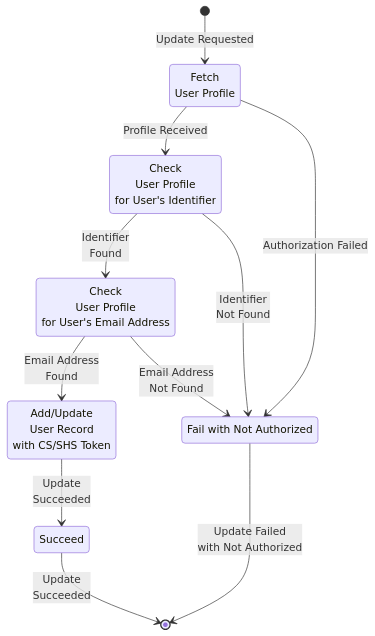
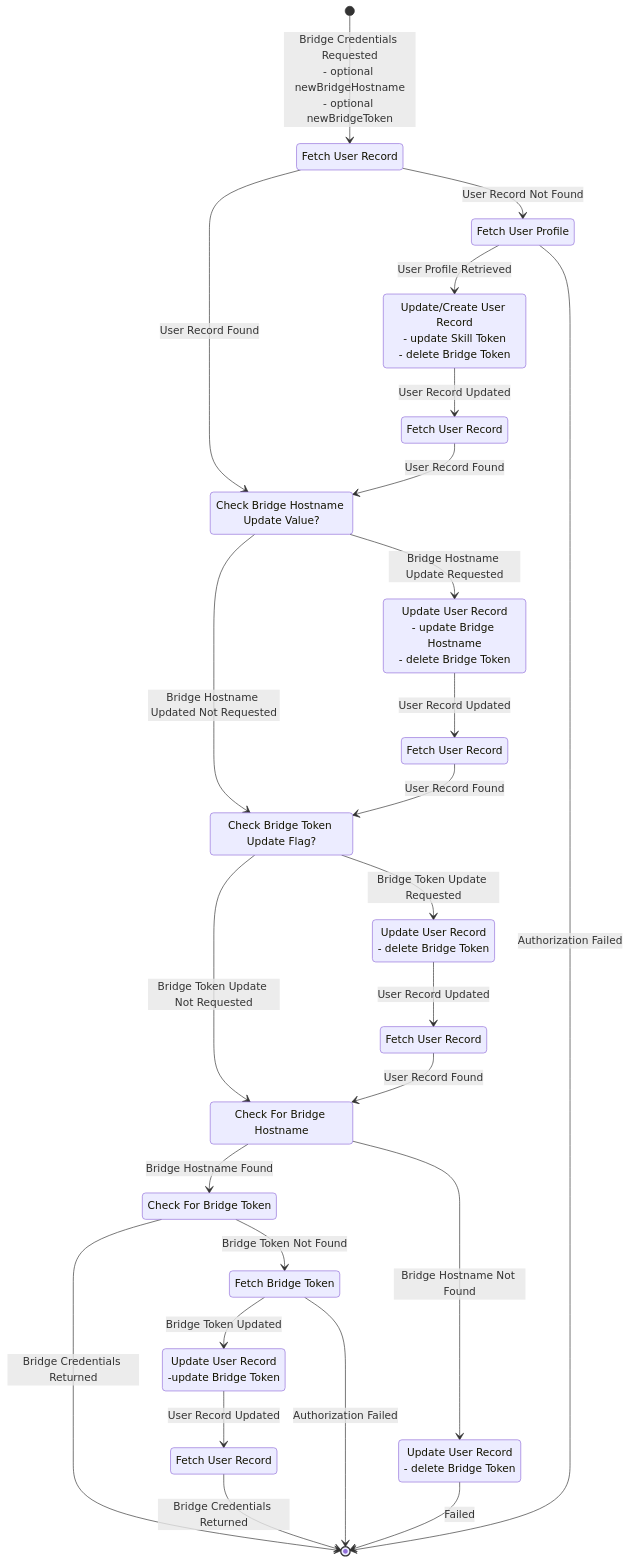
One commit to pebender/alexa-for-lg-webos-tv changed the second of 2 diagrams in docs/pages/design/skill.md. Above: the diagram before and after it, drawn with Mermaid. The commit also changed other lines of this file and 1 other file, not shown here.

````diff
--- a/docs/pages/design/skill.md
+++ b/docs/pages/design/skill.md
@@ -126,22 +113,69 @@
 ```mermaid
 stateDiagram-v2
-    fetchUserProfile: Fetch<br>User Profile
-    checkUserProfileForUserId: Check<br>User Profile<br>for User's Identifier
-    checkUserProfileForUserEmail: Check<br>User Profile<br>for User's Email Address
-    updateUserRecordSkillToken: Add/Update<br>User Record<br>with CS/SHS Token
-    succeed: Succeed
-    failAuthorization: Fail with Not Authorized
+  direction TB
 
-    [*] --> fetchUserProfile: Update Requested
-    fetchUserProfile --> checkUserProfileForUserId: Profile Received
-    checkUserProfileForUserId --> checkUserProfileForUserEmail: Identifier<br>Found
-    checkUserProfileForUserEmail --> updateUserRecordSkillToken: Email Address<br>Found
-    updateUserRecordSkillToken --> succeed: Update<br>Succeeded
-    succeed --> [*]: Update <br>Succeeded
+fetchUserRecord1: Fetch User Record
 
-    fetchUserProfile --> failAuthorization: Authorization Failed
-    checkUserProfileForUserId --> failAuthorization: Identifier<br>Not Found
-    checkUserProfileForUserEmail --> failAuthorization: Email Address<br>Not Found
+fetchUserProfile2: Fetch User Profile
+updateUserRecord2: Update/Create User Record<br>- update Skill Token<br>- delete Bridge Token
+fetchUserRecord2: Fetch User Record
 
-    failAuthorization --> [*]: Update Failed<br>with Not Authorized
+checkBridgeHostnameUpdateValue: Check Bridge Hostname Update Value?
+updateUserRecord3: Update User Record<br>- update Bridge Hostname<br>- delete Bridge Token
+fetchUserRecord3: Fetch User Record
+
+checkBridgeTokenUpdateFlag: Check Bridge Token Update Flag?
+updateUserRecord4: Update User Record<br>- delete Bridge Token
+fetchUserRecord4: Fetch User Record
+
+checkBridgeHostname5: Check For Bridge Hostname
+
+checkBridgeToken6: Check For Bridge Token
+
+updateUserRecord7: Update User Record<br>- delete Bridge Token
+
+fetchBridgeToken8: Fetch Bridge Token
+updateUserRecord8: Update User Record<br>-update Bridge Token
+fetchUserRecord8: Fetch User Record
+
+[*] --> fetchUserRecord1: Bridge Credentials Requested<br>- optional newBridgeHostname<br>- optional newBridgeToken
+
+fetchUserRecord1 --> checkBridgeHostnameUpdateValue: User Record Found
+fetchUserRecord1 --> fetchUserProfile2: User Record Not Found
+
+fetchUserProfile2 --> updateUserRecord2: User Profile Retrieved
+updateUserRecord2 --> fetchUserRecord2: User Record Updated
+
+fetchUserRecord2 --> checkBridgeHostnameUpdateValue: User Record Found
+
+checkBridgeHostnameUpdateValue --> checkBridgeTokenUpdateFlag: Bridge Hostname Updated Not Requested
+checkBridgeHostnameUpdateValue --> updateUserRecord3: Bridge Hostname Update Requested
+
+updateUserRecord3 --> fetchUserRecord3: User Record Updated
+
+fetchUserRecord3 -->  checkBridgeTokenUpdateFlag: User Record Found
+
+checkBridgeTokenUpdateFlag --> checkBridgeHostname5: Bridge Token Update Not Requested
+checkBridgeTokenUpdateFlag --> updateUserRecord4: Bridge Token Update Requested
+
+updateUserRecord4 --> fetchUserRecord4: User Record Updated
+
+fetchUserRecord4 --> checkBridgeHostname5: User Record Found
+
+checkBridgeHostname5 --> checkBridgeToken6: Bridge Hostname Found
+checkBridgeHostname5 --> updateUserRecord7: Bridge Hostname Not Found
+
+checkBridgeToken6 --> [*]: Bridge Credentials Returned
+checkBridgeToken6 --> fetchBridgeToken8: Bridge Token Not Found
+
+updateUserRecord7 --> [*]: Failed
+
+fetchBridgeToken8 --> updateUserRecord8: Bridge Token Updated
+
+updateUserRecord8 --> fetchUserRecord8: User Record Updated
+fetchUserRecord8 --> [*]: Bridge Credentials Returned
+
+
+fetchBridgeToken8 --> [*]: Authorization Failed
+fetchUserProfile2 --> [*]: Authorization Failed
 ```
````
